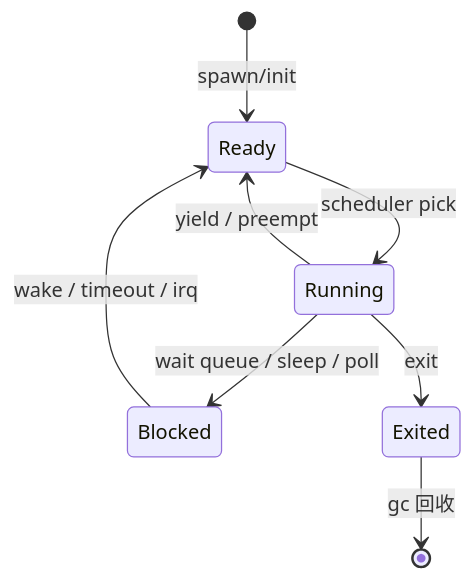
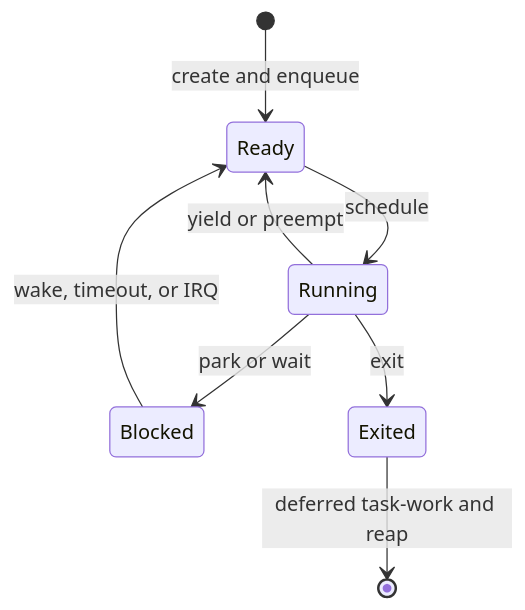
Before and after one commit to rcore-os/tgoskits: the second of 2 diagrams in docs/docs/components/crates/ax-task.md, drawn with Mermaid. The commit also changed other lines of this file and 430 other files, not shown here.

````diff
--- a/docs/docs/components/crates/ax-task.md
+++ b/docs/docs/components/crates/ax-task.md
@@ -60,10 +56,10 @@
 ```mermaid
 stateDiagram-v2
-    [*] --> Ready: spawn/init
-    Ready --> Running: scheduler pick
-    Running --> Ready: yield / preempt
-    Running --> Blocked: wait queue / sleep / poll
-    Blocked --> Ready: wake / timeout / irq
+    [*] --> Ready: create and enqueue
+    Ready --> Running: schedule
+    Running --> Ready: yield or preempt
+    Running --> Blocked: park or wait
+    Blocked --> Ready: wake, timeout, or IRQ
     Running --> Exited: exit
-    Exited --> [*]: gc 回收
+    Exited --> [*]: deferred task-work and reap
 ```
````
